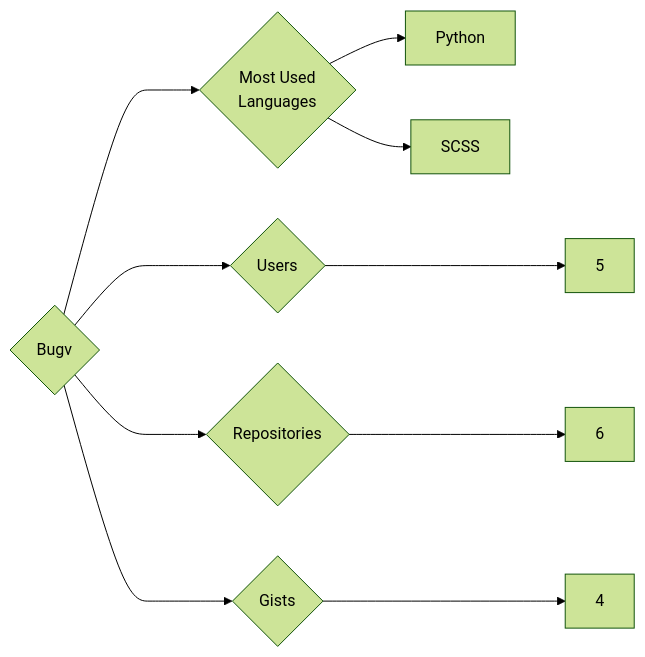
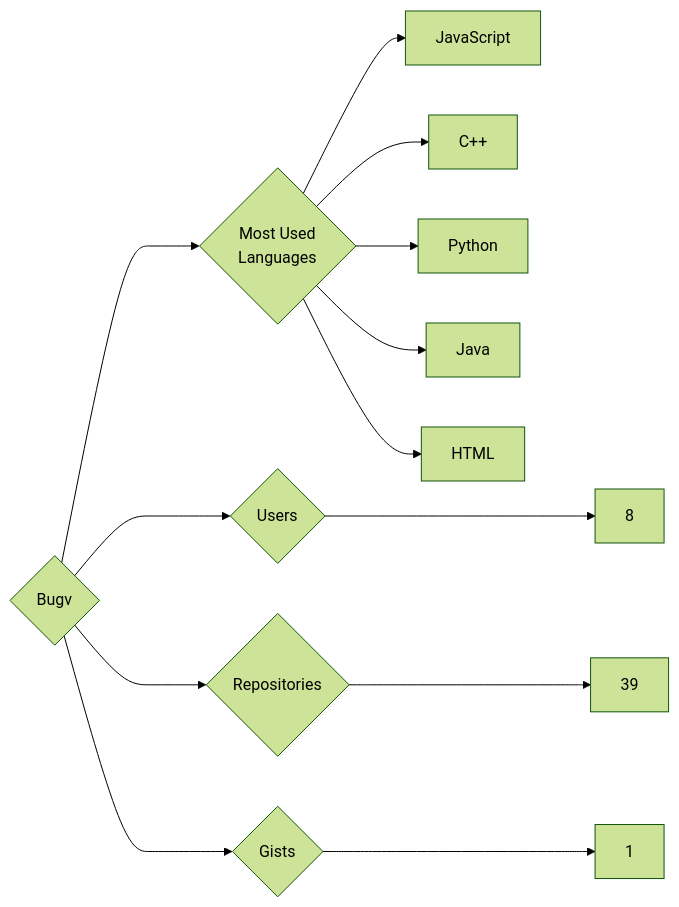
The diagram in targets/Bugv/README.md (trickest/insiders), drawn with Mermaid (forest theme) before and after one commit. The commit also changed 1238 other files, not shown here.

````diff
--- a/targets/Bugv/README.md
+++ b/targets/Bugv/README.md
@@ -3,10 +3,13 @@
 ```mermaid
 graph LR
 COMPANY_NAME{Bugv}
-COMPANY_NAME ---> U{Users} ---> UN[5]
-COMPANY_NAME ---> R{Repositories} ---> RN[6]
-COMPANY_NAME ---> G{Gists} ---> GN[4]
+COMPANY_NAME ---> U{Users} ---> UN[8]
+COMPANY_NAME ---> R{Repositories} ---> RN[39]
+COMPANY_NAME ---> G{Gists} ---> GN[1]
 COMPANY_NAME ---> ML{Most Used<br>Languages}
+ML --> JavaScript[JavaScript]
+ML --> C++[C++]
 ML --> Python[Python]
-ML --> SCSS[SCSS]
+ML --> Java[Java]
+ML --> HTML[HTML]
 ```
````
